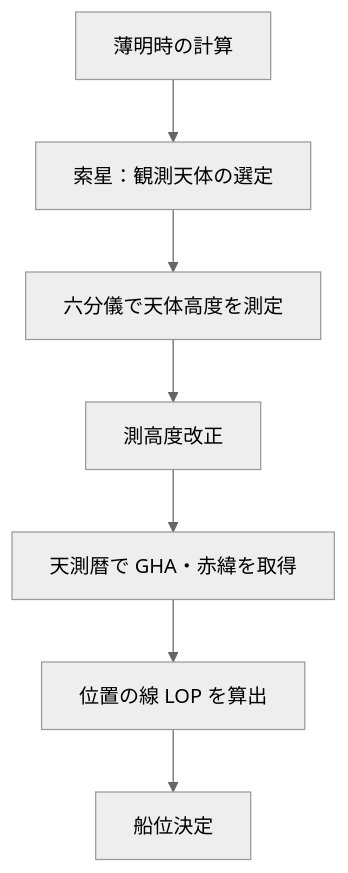
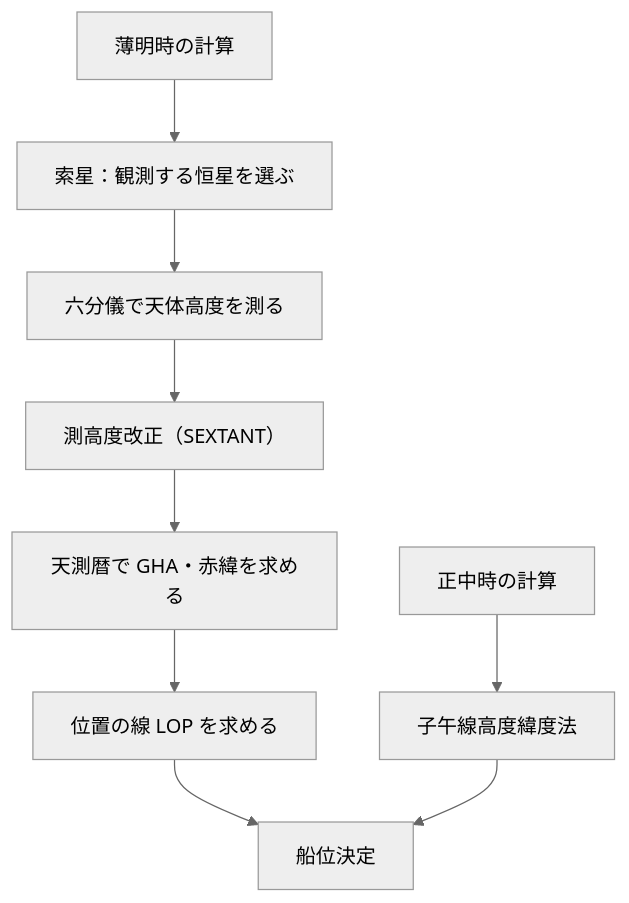
One commit to serkenn/Navigation-calculations changed the first of 6 diagrams in docs/celestial.md. Above: the diagram before and after it, drawn with Mermaid (neutral theme). The commit also changed other lines of this file and 6 other files, not shown here.

````diff
--- a/docs/celestial.md
+++ b/docs/celestial.md
@@ -7,9 +18,11 @@
 ```mermaid
 flowchart TD
-    A[薄明時の計算] --> B[索星：観測天体の選定]
-    B --> C[六分儀で天体高度を測定]
-    C --> D[測高度改正]
-    D --> E[天測暦で GHA・赤緯を取得]
-    E --> F[位置の線 LOP を算出]
+    A[薄明時の計算] --> B[索星：観測する恒星を選ぶ]
+    B --> C[六分儀で天体高度を測る]
+    C --> D["測高度改正（SEXTANT）"]
+    D --> E[天測暦で GHA・赤緯を求める]
+    E --> F[位置の線 LOP を求める]
     F --> G[船位決定]
+    H[正中時の計算] --> I[子午線高度緯度法]
+    I --> G
 ```
````
